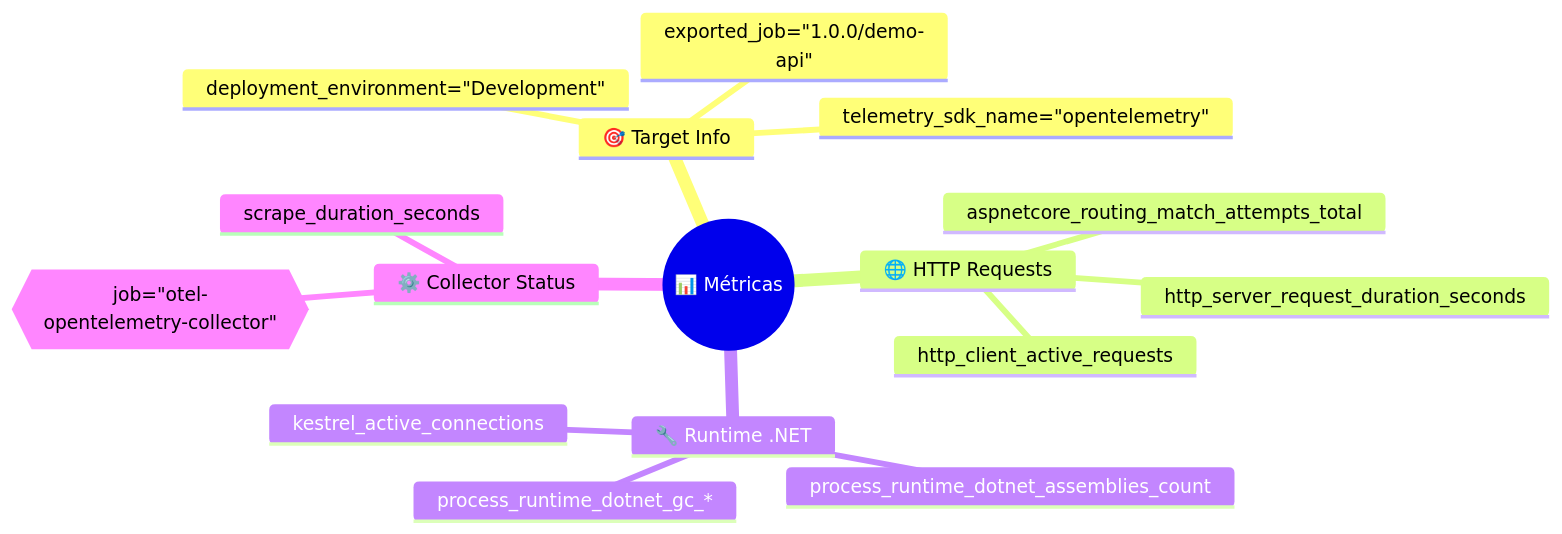
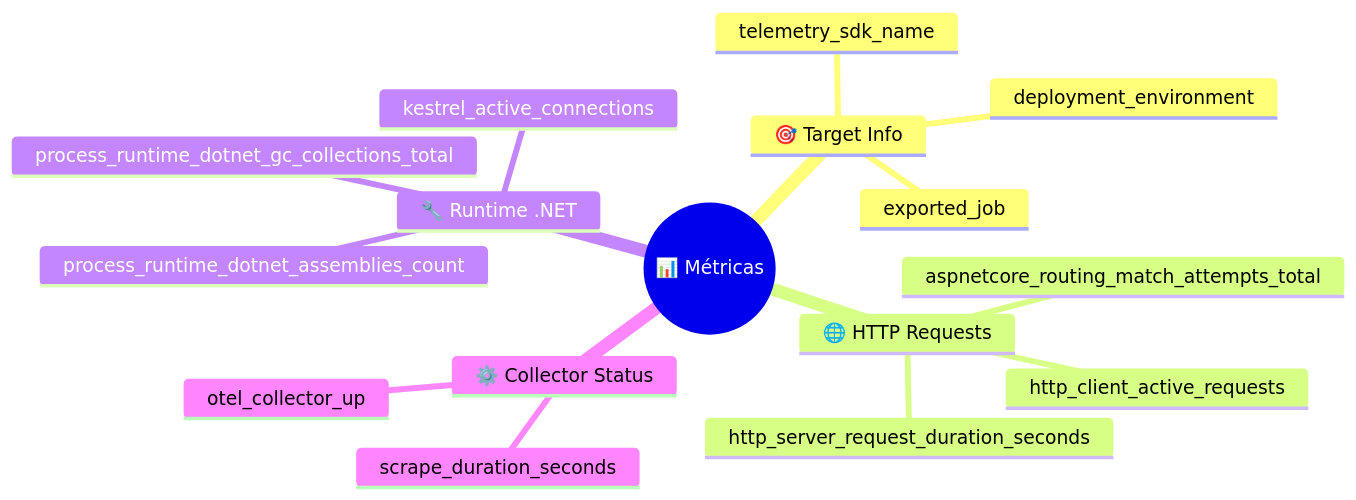
One commit to RubenGomGar/monitoring-workshop changed the third of 4 diagrams in architecture-diagram.md. Above: the diagram before and after it, drawn with Mermaid.

Commit message:
Fix Métricas Clave Monitoreadas mermaid flow

````diff
--- a/architecture-diagram.md
+++ b/architecture-diagram.md
@@ -138,19 +138,19 @@
 ```mermaid
 mindmap
   root((📊 Métricas))
     🎯 Target Info
-      deployment_environment="Development"
-      telemetry_sdk_name="opentelemetry"
-      exported_job="1.0.0/demo-api"
+      deployment_environment
+      telemetry_sdk_name
+      exported_job
     🌐 HTTP Requests
       aspnetcore_routing_match_attempts_total
       http_server_request_duration_seconds
       http_client_active_requests
     🔧 Runtime .NET
-      process_runtime_dotnet_gc_*
+      process_runtime_dotnet_gc_collections_total
       process_runtime_dotnet_assemblies_count
       kestrel_active_connections
     ⚙️ Collector Status  
-      up{{job="otel-opentelemetry-collector"}}
+      otel_collector_up
       scrape_duration_seconds
 ```
````
